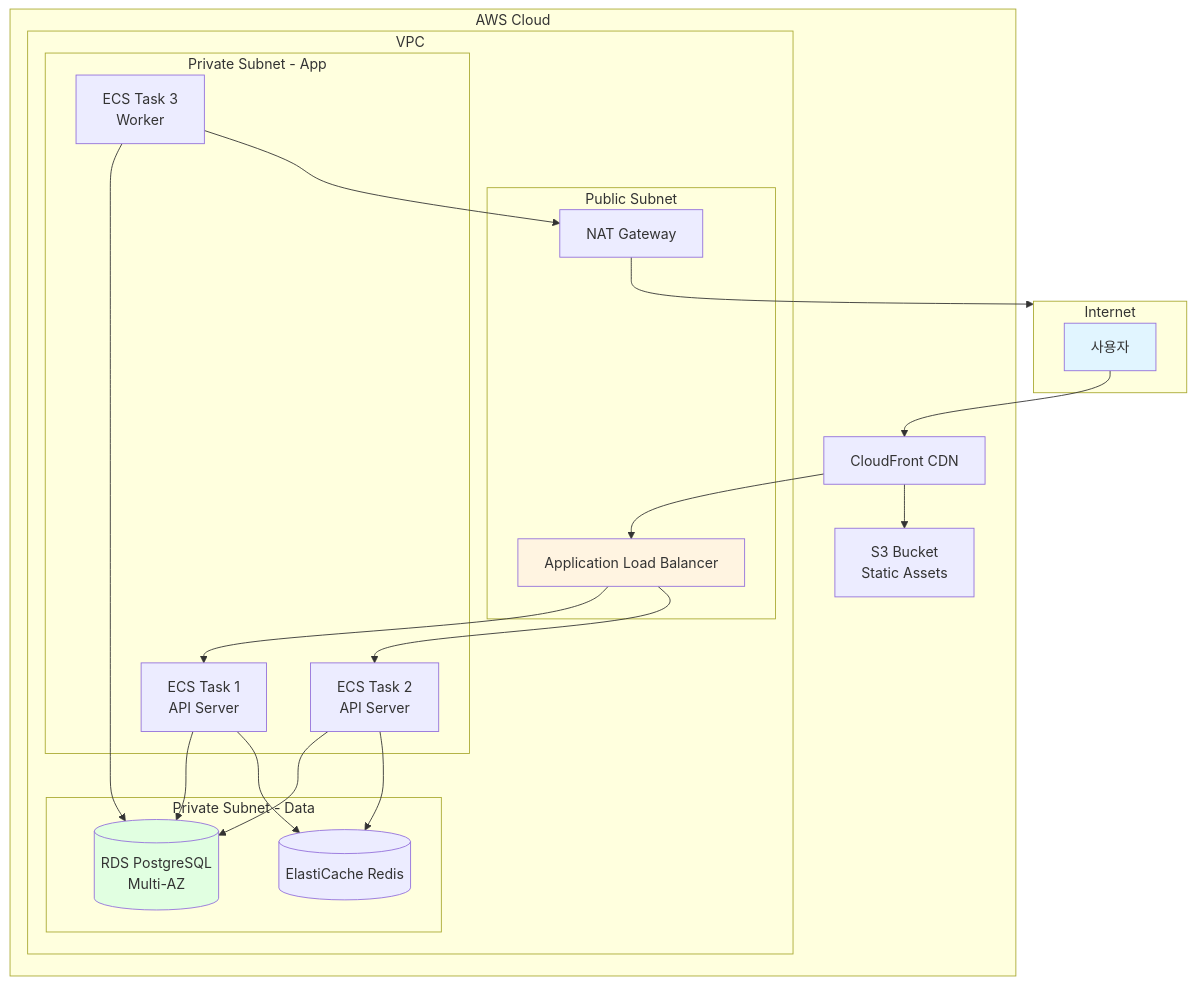
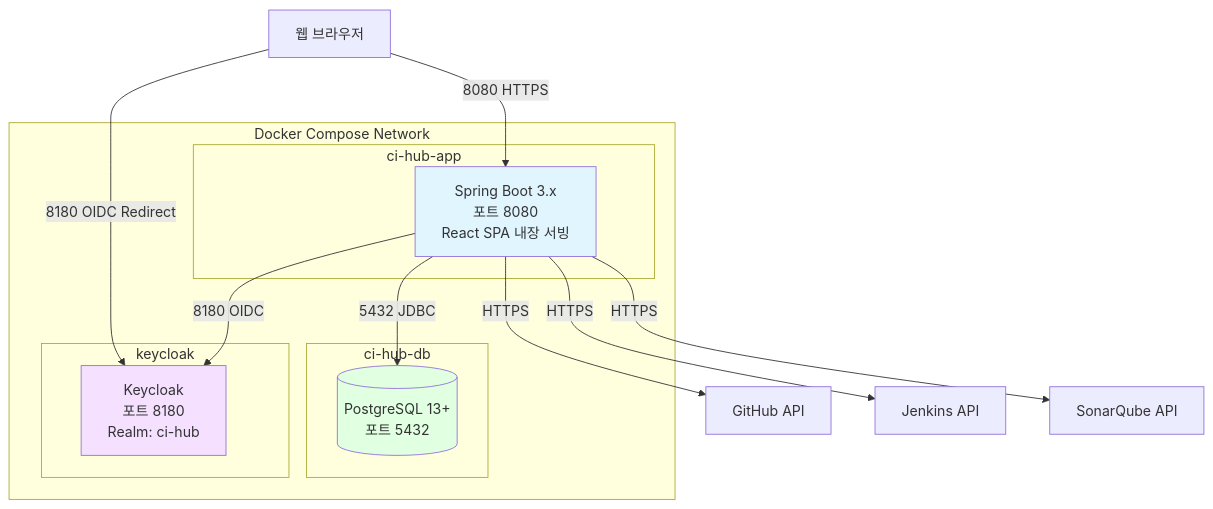
One commit to kost0806/ci-hub changed the fifth of 12 diagrams in docs/hld/architecture.md. Above: the diagram before and after it, drawn with Mermaid. The commit also changed other lines of this file and 6 other files, not shown here.

````diff
--- a/docs/hld/architecture.md
+++ b/docs/hld/architecture.md
@@ -228,46 +234,29 @@
 ```mermaid
 graph TB
-    subgraph "Internet"
-        Users[사용자]
+    subgraph "Docker Compose Network"
+        subgraph "ci-hub-app"
+            App[Spring Boot 3.x<br/>포트 8080<br/>React SPA 내장 서빙]
+        end
+
+        subgraph "ci-hub-db"
+            DB[(PostgreSQL 13+<br/>포트 5432)]
+        end
+
+        subgraph "keycloak"
+            KC[Keycloak<br/>포트 8180<br/>Realm: ci-hub]
+        end
     end
 
-    subgraph "AWS Cloud"
-        subgraph "VPC"
-            subgraph "Public Subnet"
-                ALB[Application Load Balancer]
-                NAT[NAT Gateway]
-            end
+    Browser[웹 브라우저] -->|8080 HTTPS| App
+    App -->|5432 JDBC| DB
+    App -->|8180 OIDC| KC
+    Browser -->|8180 OIDC Redirect| KC
 
-            subgraph "Private Subnet - App"
-                ECS1[ECS Task 1<br/>API Server]
-                ECS2[ECS Task 2<br/>API Server]
-                ECS3[ECS Task 3<br/>Worker]
-            end
+    App -->|HTTPS| GitHub[GitHub API]
+    App -->|HTTPS| Jenkins[Jenkins API]
+    App -->|HTTPS| SonarQube[SonarQube API]
 
-            subgraph "Private Subnet - Data"
-                RDS[(RDS PostgreSQL<br/>Multi-AZ)]
-                ElastiCache[(ElastiCache Redis)]
-            end
-        end
-
-        S3[S3 Bucket<br/>Static Assets]
-        CloudFront[CloudFront CDN]
-    end
-
-    Users --> CloudFront
-    CloudFront --> ALB
-    CloudFront --> S3
-    ALB --> ECS1
-    ALB --> ECS2
-    ECS1 --> RDS
-    ECS2 --> RDS
-    ECS3 --> RDS
-    ECS1 --> ElastiCache
-    ECS2 --> ElastiCache
-    ECS3 --> NAT
-    NAT --> Internet
-
-    style Users fill:#e1f5ff
-    style ALB fill:#fff4e1
-    style RDS fill:#e1ffe1
+    style App fill:#e1f5ff
+    style DB fill:#e1ffe1
+    style KC fill:#f5e1ff
 ```
````
